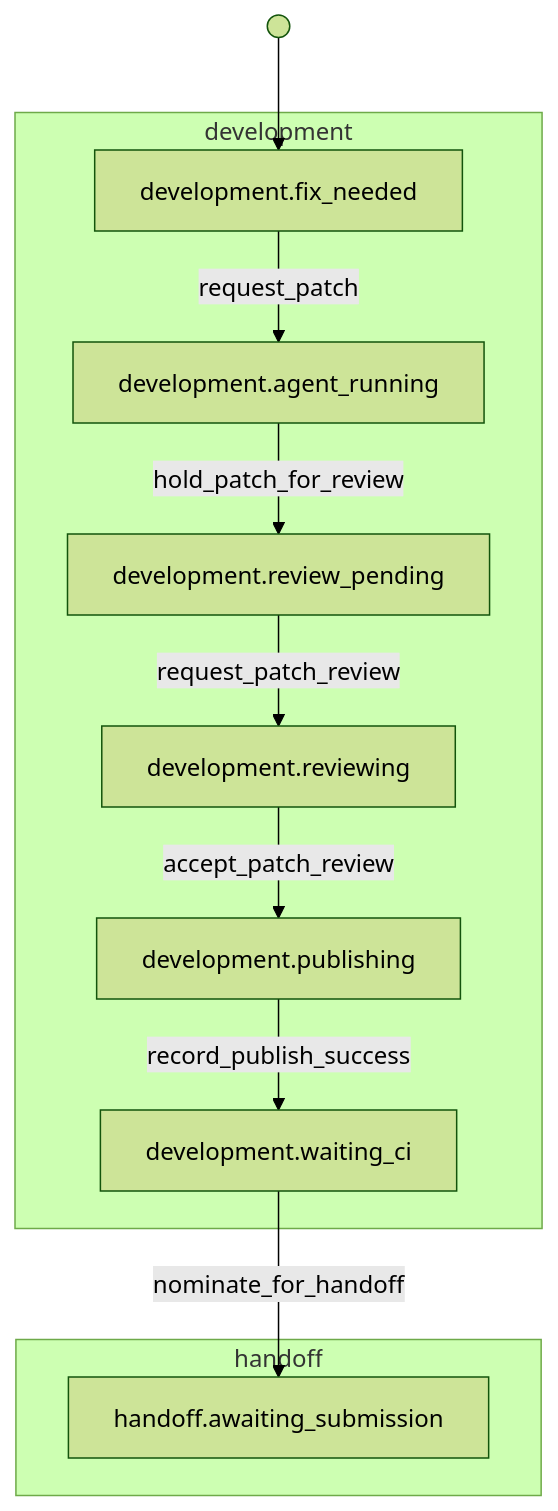
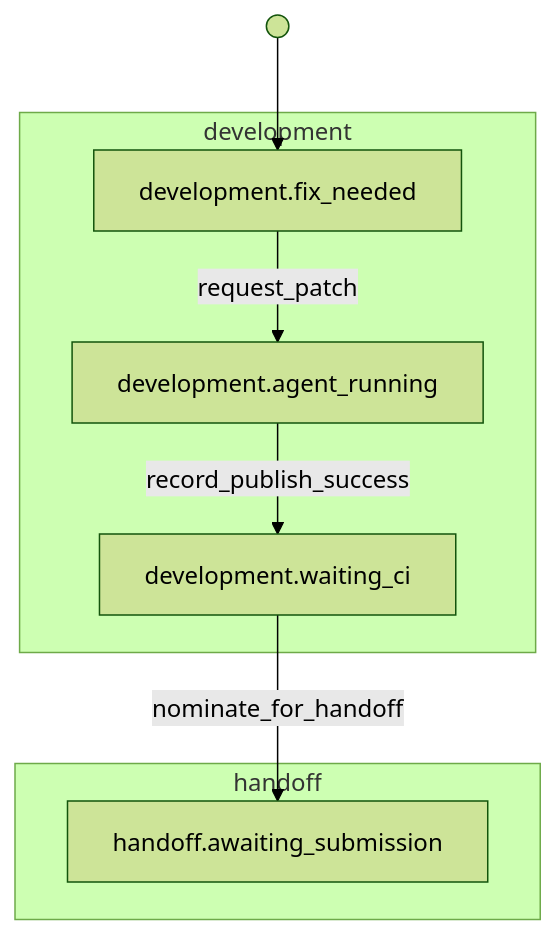
The sixth of 36 diagrams in docs/state-machine/index.md (riseproject-dev/porting-agent), drawn with Mermaid (forest theme) before and after one commit. The commit also changed other lines of this file and 109 other files, not shown here.

````diff
--- a/docs/state-machine/index.md
+++ b/docs/state-machine/index.md
@@ -286,22 +278,16 @@
 ```mermaid
 flowchart TB
     subgraph development["development"]
         development_fix_needed["development.fix_needed"]
         development_agent_running["development.agent_running"]
-        development_review_pending["development.review_pending"]
-        development_reviewing["development.reviewing"]
-        development_publishing["development.publishing"]
         development_waiting_ci["development.waiting_ci"]
     end
     subgraph handoff["handoff"]
         handoff_awaiting_submission["handoff.awaiting_submission"]
     end
 
     start_1(( )) --> development_fix_needed
     development_fix_needed -->|request_patch| development_agent_running
-    development_agent_running -->|hold_patch_for_review| development_review_pending
-    development_review_pending -->|request_patch_review| development_reviewing
-    development_reviewing -->|accept_patch_review| development_publishing
-    development_publishing -->|record_publish_success| development_waiting_ci
+    development_agent_running -->|record_publish_success| development_waiting_ci
     development_waiting_ci -->|nominate_for_handoff| handoff_awaiting_submission
 ```
````
